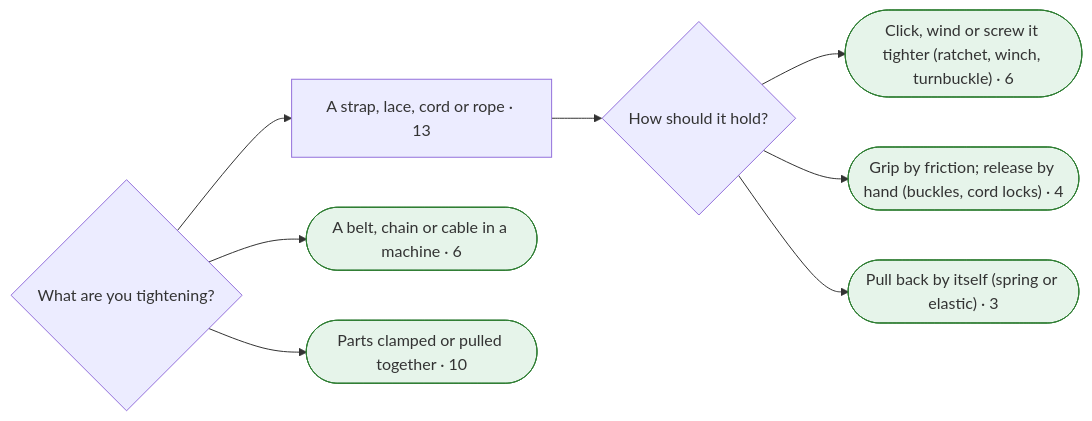
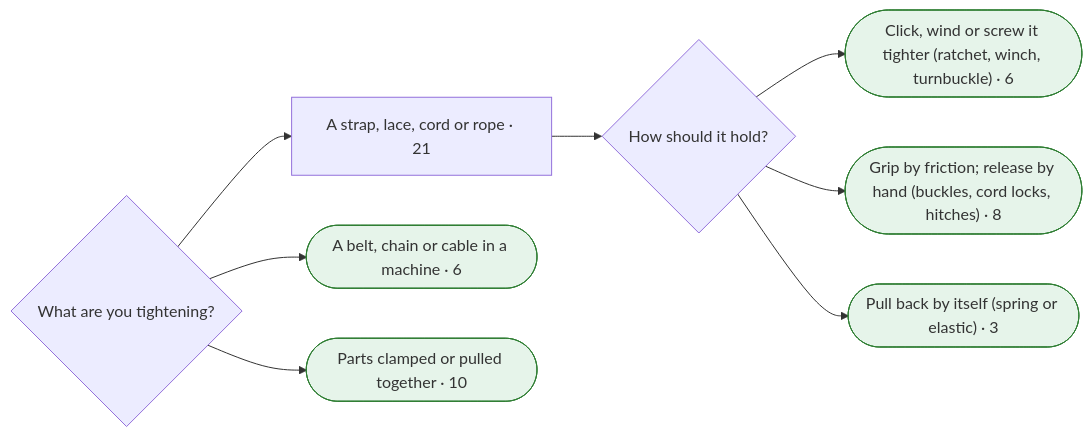
One commit to smileymcfrown/EncyclopediaOfConnections changed the seventh of 11 diagrams in research/finder-test/mermaid.md. Above: the diagram before and after it, drawn with Mermaid. The commit also changed other lines of this file and 5 other files, not shown here.

````diff
--- a/research/finder-test/mermaid.md
+++ b/research/finder-test/mermaid.md
@@ -640,25 +765,25 @@
 ```mermaid
 flowchart LR
-  q233{"What are you tightening?"}
-  a234["A strap, lace, cord or rope · 13"]
-  q233 --> a234
-  q235{"How should it hold?"}
-  a234 --> q235
-  a236(["Click, wind or screw it tighter (ratchet, winch, turnbuckle) · 6"])
-  q235 --> a236
-  class a236 leaf
-  a237(["Grip by friction; release by hand (buckles, cord locks) · 4"])
-  q235 --> a237
-  class a237 leaf
-  a238(["Pull back by itself (spring or elastic) · 3"])
-  q235 --> a238
-  class a238 leaf
-  a239(["A belt, chain or cable in a machine · 6"])
-  q233 --> a239
-  class a239 leaf
-  a240(["Parts clamped or pulled together · 10"])
-  q233 --> a240
-  class a240 leaf
+  q278{"What are you tightening?"}
+  a279["A strap, lace, cord or rope · 21"]
+  q278 --> a279
+  q280{"How should it hold?"}
+  a279 --> q280
+  a281(["Click, wind or screw it tighter (ratchet, winch, turnbuckle) · 6"])
+  q280 --> a281
+  class a281 leaf
+  a282(["Grip by friction; release by hand (buckles, cord locks, hitches) · 8"])
+  q280 --> a282
+  class a282 leaf
+  a283(["Pull back by itself (spring or elastic) · 3"])
+  q280 --> a283
+  class a283 leaf
+  a284(["A belt, chain or cable in a machine · 6"])
+  q278 --> a284
+  class a284 leaf
+  a285(["Parts clamped or pulled together · 10"])
+  q278 --> a285
+  class a285 leaf
   classDef leaf fill:#e6f4ea,stroke:#2e7d32
   classDef more fill:#fff4e5,stroke:#b26a00
 ```
````
